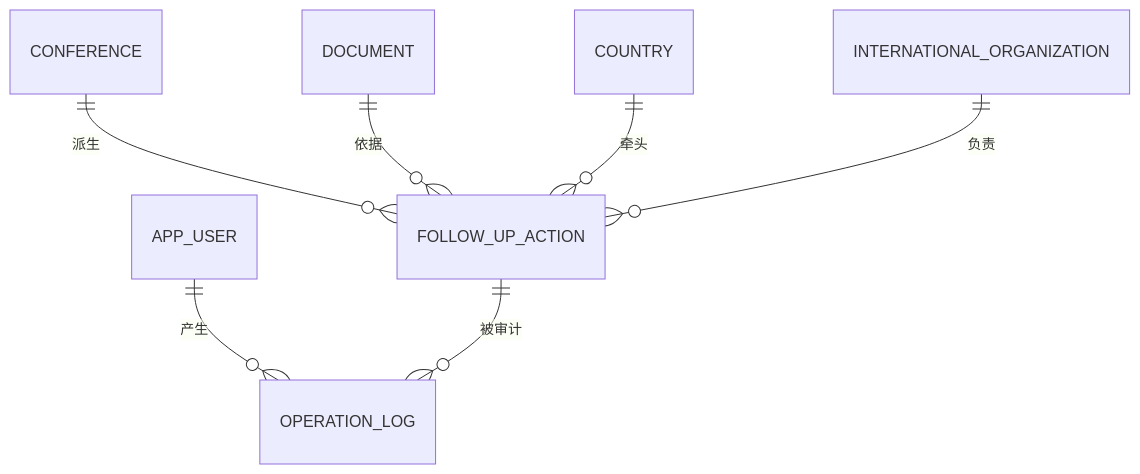
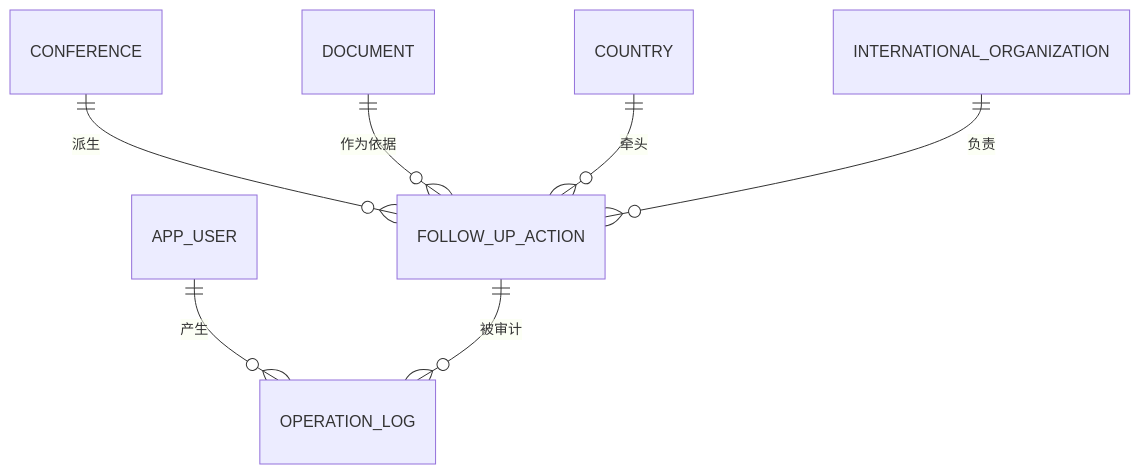
One commit to MuChen-ye/multilateral-diplomacy-system-schoolwork- changed the third of 4 diagrams in project/README.md. Above: the diagram before and after it, drawn with Mermaid. The commit also changed other lines of this file and 7 other files, not shown here.

````diff
--- a/project/README.md
+++ b/project/README.md
@@ -95,9 +95,9 @@
 ```mermaid
 erDiagram
     CONFERENCE ||--o{ FOLLOW_UP_ACTION : "派生"
-    DOCUMENT ||--o{ FOLLOW_UP_ACTION : "依据"
+    DOCUMENT ||--o{ FOLLOW_UP_ACTION : "作为依据"
     COUNTRY ||--o{ FOLLOW_UP_ACTION : "牵头"
     INTERNATIONAL_ORGANIZATION ||--o{ FOLLOW_UP_ACTION : "负责"
     APP_USER ||--o{ OPERATION_LOG : "产生"
     FOLLOW_UP_ACTION ||--o{ OPERATION_LOG : "被审计"
 ```
````
